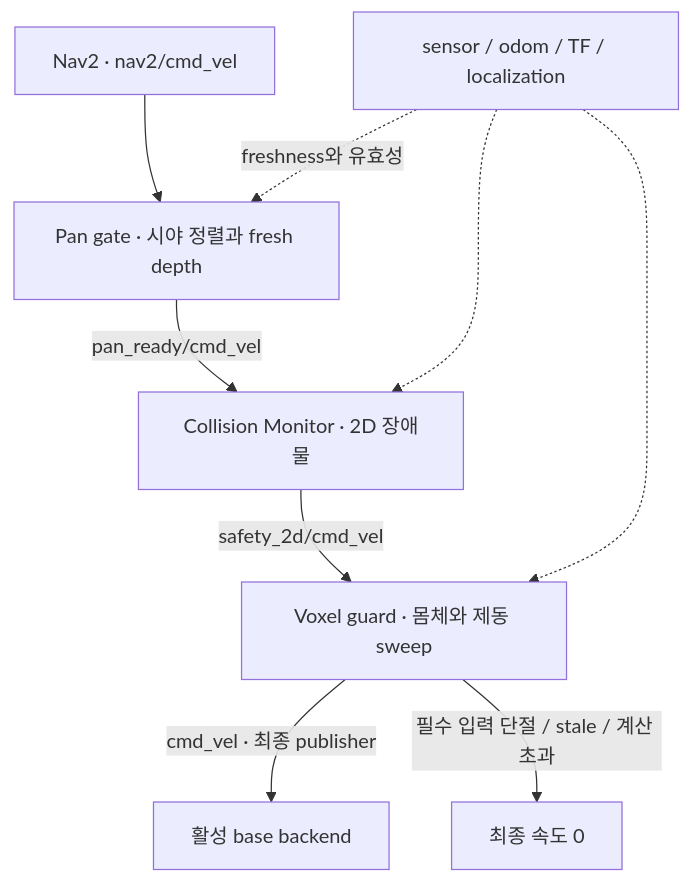
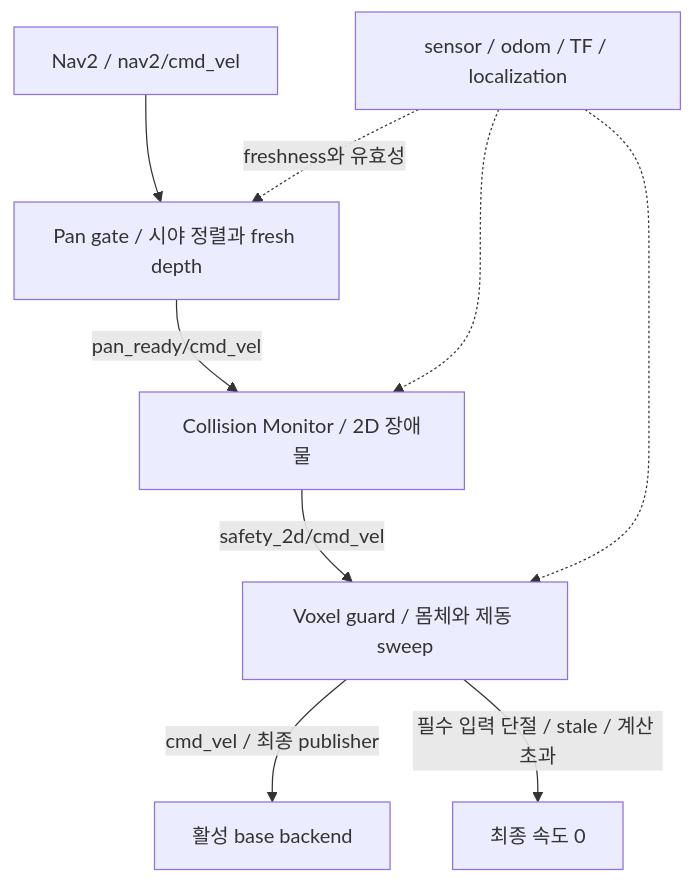
The diagram in ros2_ws/src/cleany_navigation/docs/safety.md (asm17-moving-agent/cleany), drawn with Mermaid before and after one commit. The commit also changed other lines of this file and 24 other files, not shown here.

Commit message:
docs: Mermaid 흐름도를 보완하고 가운뎃점 나열을 제거

````diff
--- a/ros2_ws/src/cleany_navigation/docs/safety.md
+++ b/ros2_ws/src/cleany_navigation/docs/safety.md
@@ -5,11 +5,11 @@
 ```mermaid
 flowchart TB
-    Nav["Nav2 · nav2/cmd_vel"] --> Pan["Pan gate · 시야 정렬과 fresh depth"]
-    Pan -->|"pan_ready/cmd_vel"| Collision["Collision Monitor · 2D 장애물"]
-    Collision -->|"safety_2d/cmd_vel"| Voxel["Voxel guard · 몸체와 제동 sweep"]
-    Voxel -->|"cmd_vel · 최종 publisher"| Base["활성 base backend"]
+    Nav["Nav2 / nav2/cmd_vel"] --> Pan["Pan gate / 시야 정렬과 fresh depth"]
+    Pan -->|"pan_ready/cmd_vel"| Collision["Collision Monitor / 2D 장애물"]
+    Collision -->|"safety_2d/cmd_vel"| Voxel["Voxel guard / 몸체와 제동 sweep"]
+    Voxel -->|"cmd_vel / 최종 publisher"| Base["활성 base backend"]
     Inputs["sensor / odom / TF / localization"] -. "freshness와 유효성" .-> Pan
     Inputs -.-> Collision
     Inputs -.-> Voxel
     Voxel -->|"필수 입력 단절 / stale / 계산 초과"| Zero["최종 속도 0"]
 ```
````
